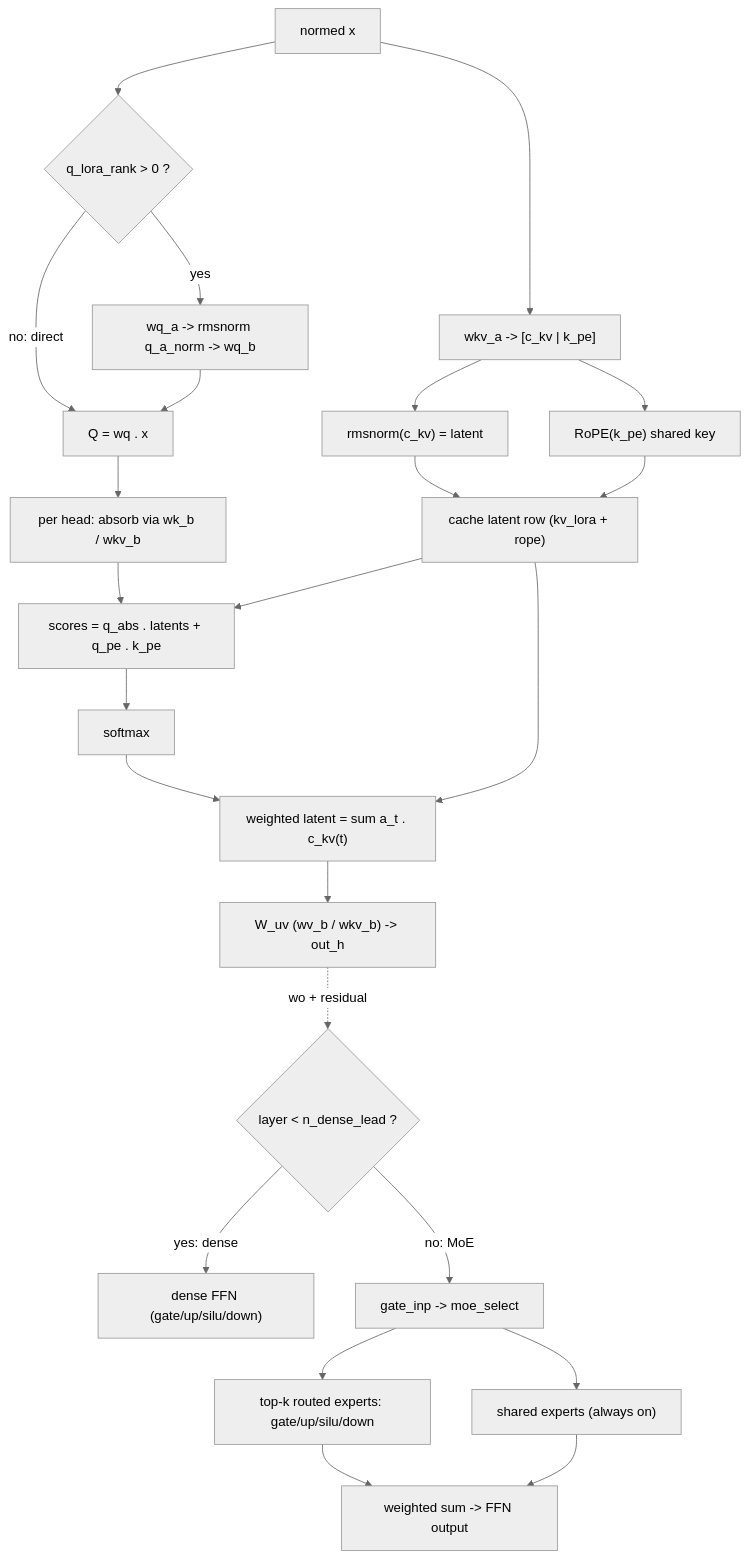
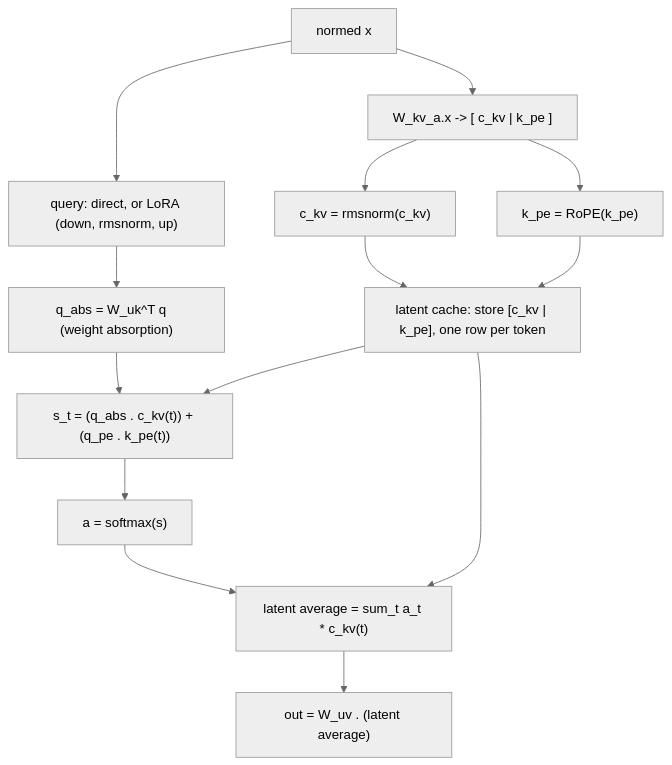
Before and after one commit to garana/locus: the fifth of 6 diagrams in docs/MODELS.md, drawn with Mermaid (neutral theme). The commit also changed other lines of this file, not shown here.

````diff
--- a/docs/MODELS.md
+++ b/docs/MODELS.md
@@ -101,28 +408,16 @@
 ```mermaid
 flowchart TD
-    xb["normed x"] --> qy{"q_lora_rank > 0 ?"}
-    qy -->|no: direct| q["Q = wq . x"]
-    qy -->|yes| qa["wq_a -> rmsnorm q_a_norm -> wq_b"]
-    qa --> q
-    xb --> kva["wkv_a -> [c_kv | k_pe]"]
-    kva --> ckv["rmsnorm(c_kv) = latent"]
-    kva --> kpe["RoPE(k_pe) shared key"]
-    ckv --> cache["cache latent row (kv_lora + rope)"]
-    kpe --> cache
-
-    q --> abs["per head: absorb via wk_b / wkv_b"]
-    abs --> sc["scores = q_abs . latents + q_pe . k_pe"]
-    cache --> sc
-    sc --> sm["softmax"]
-    sm --> wl["weighted latent = sum a_t . c_kv(t)"]
-    cache --> wl
-    wl --> uv["W_uv (wv_b / wkv_b) -> out_h"]
-
-    uv -.wo + residual.-> fn{"layer < n_dense_lead ?"}
-    fn -->|yes: dense| dense["dense FFN (gate/up/silu/down)"]
-    fn -->|no: MoE| route["gate_inp -> moe_select"]
-    route --> exps["top-k routed experts: gate/up/silu/down"]
-    route --> shexp["shared experts (always on)"]
-    exps --> acc["weighted sum -> FFN output"]
-    shexp --> acc
+  x["normed x"] --> qp["query: direct, or LoRA (down, rmsnorm, up)"]
+  x --> kv["W_kv_a.x -> [ c_kv | k_pe ]"]
+  kv --> cn["c_kv = rmsnorm(c_kv)"]
+  kv --> kr["k_pe = RoPE(k_pe)"]
+  cn --> C["latent cache: store [c_kv | k_pe], one row per token"]
+  kr --> C
+  qp --> ab["q_abs = W_uk^T q   (weight absorption)"]
+  ab --> sc["s_t = (q_abs . c_kv(t)) + (q_pe . k_pe(t))"]
+  C --> sc
+  sc --> a["a = softmax(s)"]
+  a --> wl["latent average = sum_t a_t * c_kv(t)"]
+  C --> wl
+  wl --> ov["out = W_uv . (latent average)"]
 ```
````
